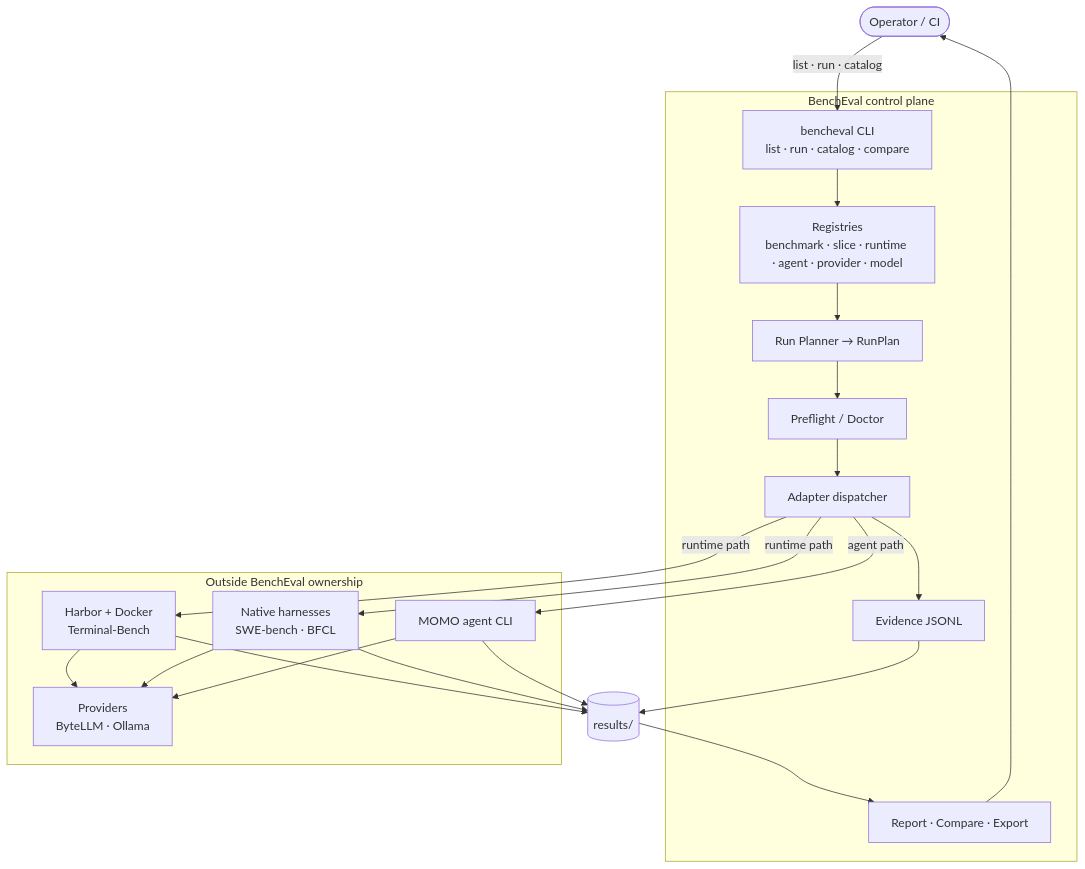
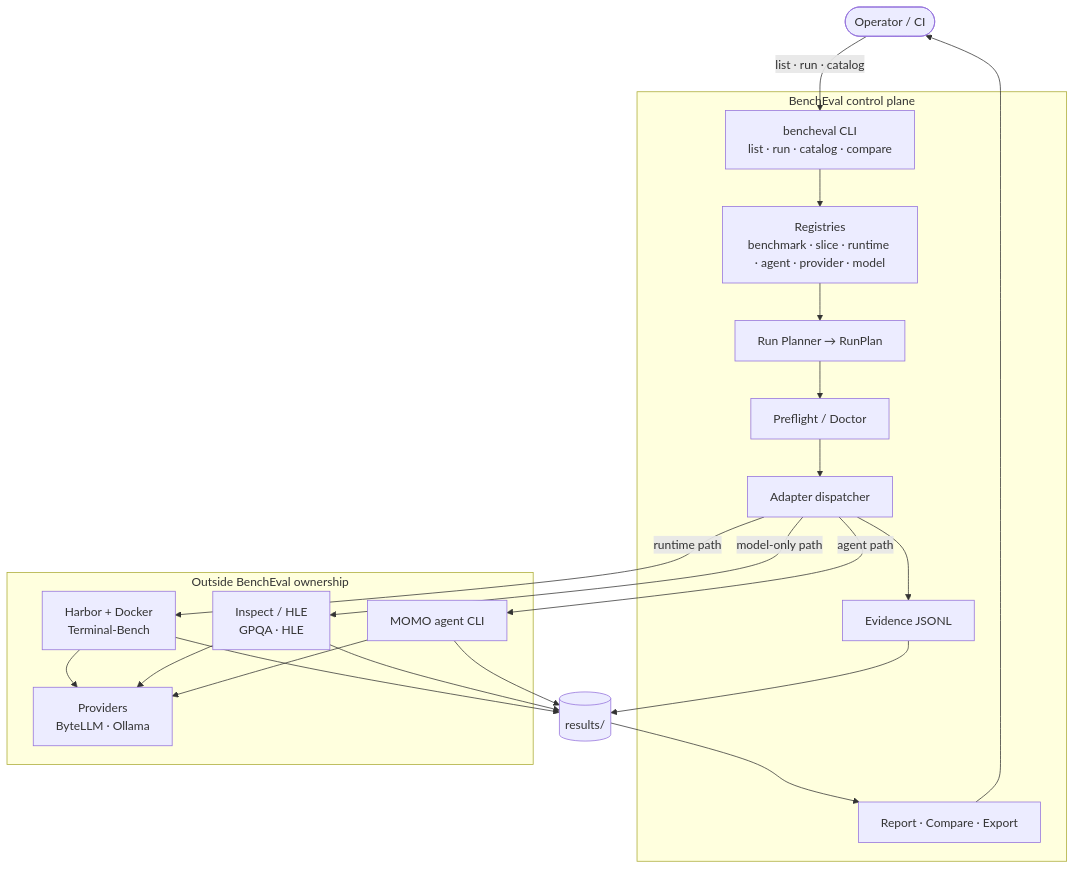
The diagram in docs/diagrams/system-overview.md (Lyther/BenchEval), drawn with Mermaid before and after one commit. The commit also changed other lines of this file and 23 other files, not shown here.

````diff
--- a/docs/diagrams/system-overview.md
+++ b/docs/diagrams/system-overview.md
@@ -5,42 +5,42 @@
 ```mermaid
 flowchart TB
     Op([Operator / CI])
 
     subgraph BE["BenchEval control plane"]
         CLI["bencheval CLI<br/>list · run · catalog · compare"]
         Reg["Registries<br/>benchmark · slice · runtime · agent · provider · model"]
         Plan["Run Planner → RunPlan"]
         Doc["Preflight / Doctor"]
         Disp["Adapter dispatcher"]
         Ev["Evidence JSONL"]
         Out["Report · Compare · Export"]
     end
 
     subgraph Ext["Outside BenchEval ownership"]
         Harbor["Harbor + Docker<br/>Terminal-Bench"]
-        Native["Native harnesses<br/>SWE-bench · BFCL"]
+        Inspect["Inspect / HLE<br/>GPQA · HLE"]
         MOMO["MOMO agent CLI"]
         LLM["Providers<br/>ByteLLM · Ollama"]
     end
 
     Art[(results/)]
 
     Op -->|list · run · catalog| CLI
     CLI --> Reg
     Reg --> Plan
     Plan --> Doc
     Doc --> Disp
     Disp -->|runtime path| Harbor
-    Disp -->|runtime path| Native
+    Disp -->|model-only path| Inspect
     Disp -->|agent path| MOMO
     Harbor --> LLM
-    Native --> LLM
+    Inspect --> LLM
     MOMO --> LLM
     Harbor --> Art
-    Native --> Art
+    Inspect --> Art
     MOMO --> Art
     Disp --> Ev
     Ev --> Art
     Art --> Out
     Out --> Op
 ```
````
